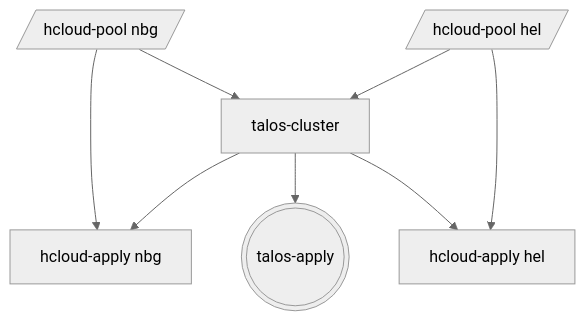
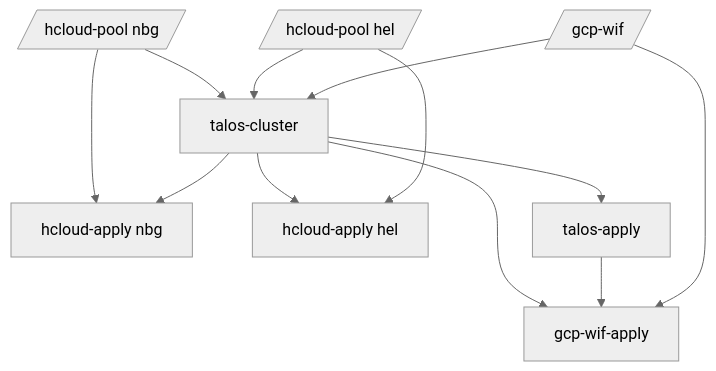
Before and after one commit to miran248/terraform-talos-modules: the diagram in README.md, drawn with Mermaid. The commit also changed other lines of this file, not shown here.

````diff
--- a/README.md
+++ b/README.md
@@ -24,17 +27,23 @@
 ```mermaid
 %%{init: {'theme': 'neutral' } }%%
 graph TD
-    A[/hcloud-pool nbg/]
-    B[/hcloud-pool hel/]
-    C[talos-cluster]
-    D[hcloud-apply nbg]
-    E[hcloud-apply hel]
-    F(((talos-apply)))
-    A --> C
-    A --> D
-    B --> C
-    C --> D
-    C --> F
-    C --> E
-    B --> E
+    WIF[/gcp-wif/]
+    HPN[/hcloud-pool nbg/]
+    HPH[/hcloud-pool hel/]
+    TC[talos-cluster]
+    HAN[hcloud-apply nbg]
+    HAH[hcloud-apply hel]
+    TA[talos-apply]
+    WIFA[gcp-wif-apply]
+    HPN --> TC
+    HPN --> HAN
+    HPH --> TC
+    TC --> HAN
+    TC --> TA
+    TC --> HAH
+    HPH --> HAH
+    TC --> WIFA
+    TA --> WIFA
+    WIF --> WIFA
+    WIF --> TC
 ```
````
